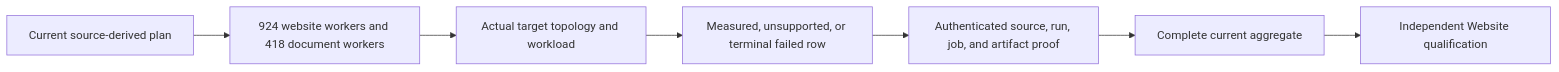
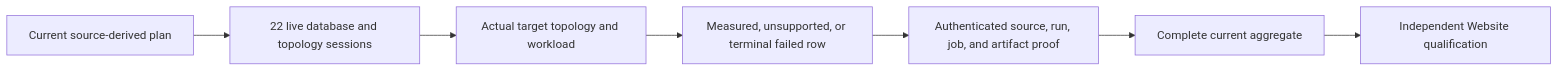
Before and after one commit to managedcode/KeyLoad: the diagram in docs/ADR/ADR-056-isolated-linux-comparison-cells.md, drawn with Mermaid. The commit also changed other lines of this file and 636 other files, not shown here.

````diff
--- a/docs/ADR/ADR-056-isolated-linux-comparison-cells.md
+++ b/docs/ADR/ADR-056-isolated-linux-comparison-cells.md
@@ -11,9 +17,9 @@
 ```mermaid
 flowchart LR
-    Plan[Current source-derived plan] --> Cells[924 website workers and 418 document workers]
+    Plan[Current source-derived plan] --> Cells[22 live database and topology sessions]
     Cells --> Native[Actual target topology and workload]
     Native --> Outcome[Measured, unsupported, or terminal failed row]
     Outcome --> Proof[Authenticated source, run, job, and artifact proof]
     Proof --> Aggregate[Complete current aggregate]
     Aggregate --> Website[Independent Website qualification]
 ```
````
